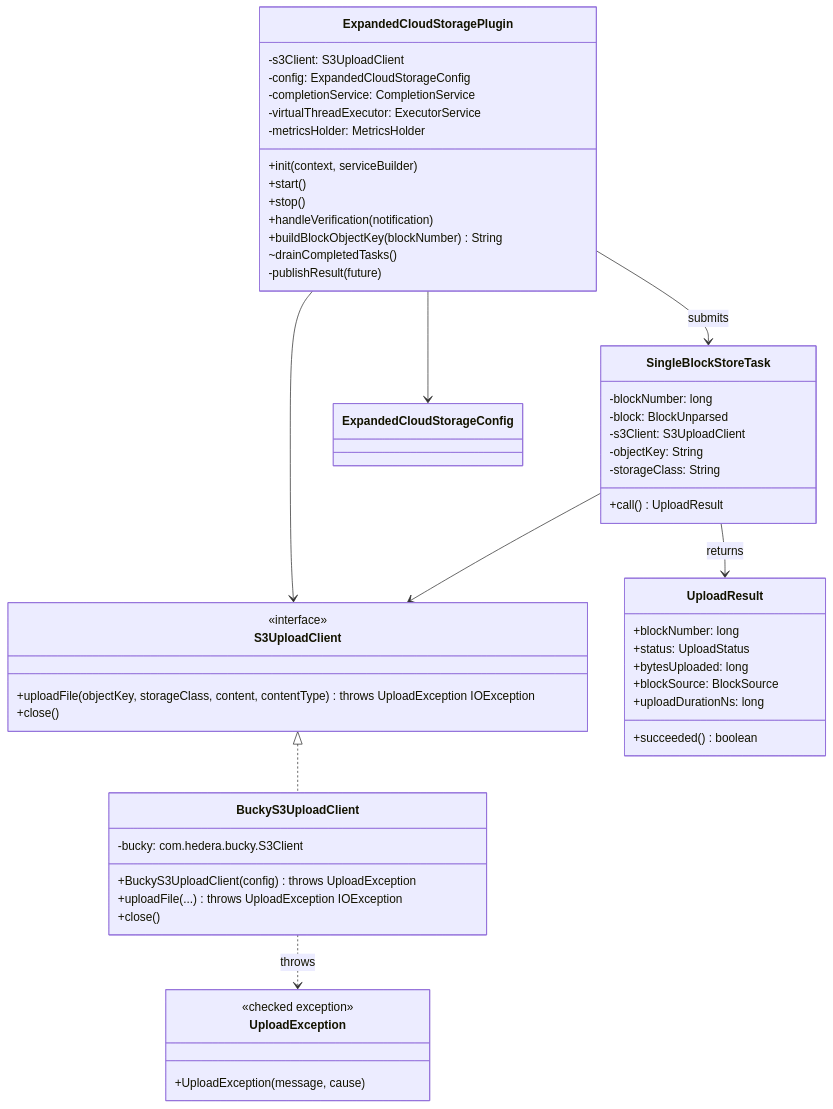
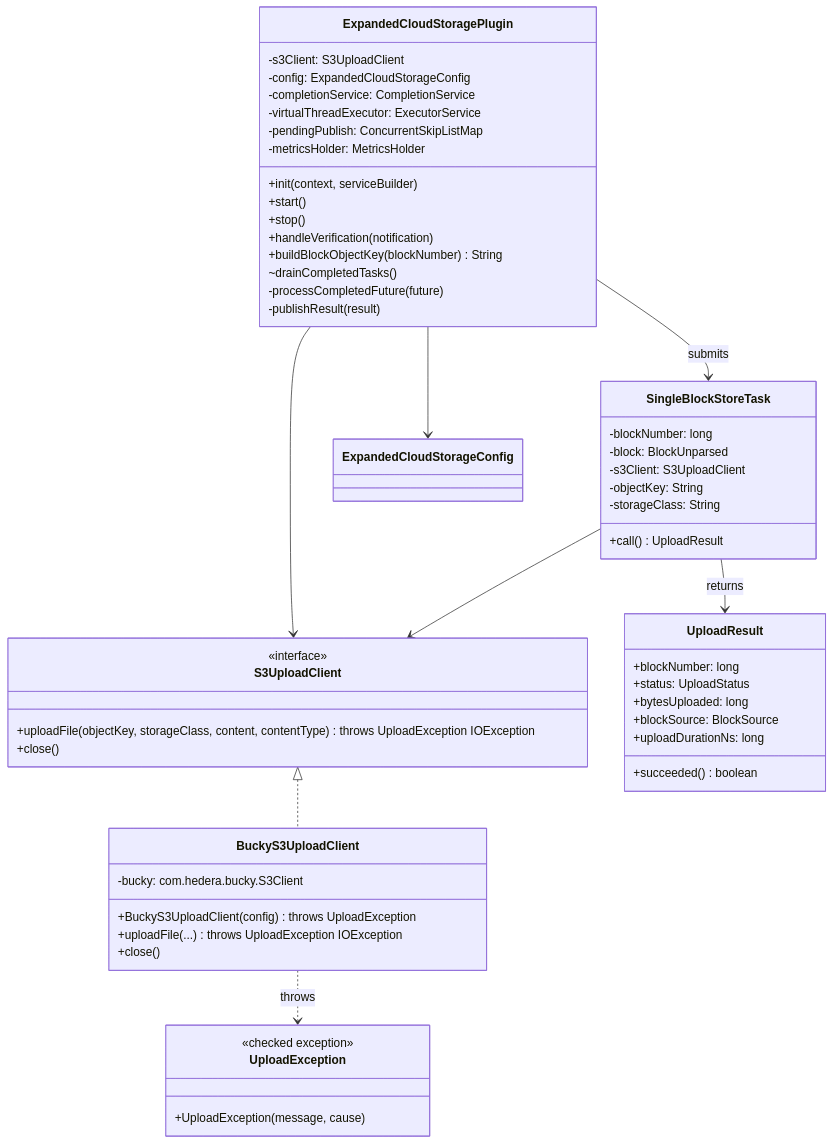
Before and after one commit to hiero-ledger/hiero-block-node: the second of 2 diagrams in docs/design/persistence/cloud-storage-expanded.md, drawn with Mermaid. The commit also changed other lines of this file and 1 other file, not shown here.

````diff
--- a/docs/design/persistence/cloud-storage-expanded.md
+++ b/docs/design/persistence/cloud-storage-expanded.md
@@ -286,55 +295,57 @@
 ```mermaid
 classDiagram
     class S3UploadClient {
         <<interface>>
         +uploadFile(objectKey, storageClass, content, contentType) throws UploadException IOException
         +close()
     }
     class BuckyS3UploadClient {
         -bucky: com.hedera.bucky.S3Client
         +BuckyS3UploadClient(config) throws UploadException
         +uploadFile(...) throws UploadException IOException
         +close()
     }
     class UploadException {
         <<checked exception>>
         +UploadException(message, cause)
     }
     class ExpandedCloudStoragePlugin {
         -s3Client: S3UploadClient
         -config: ExpandedCloudStorageConfig
         -completionService: CompletionService
         -virtualThreadExecutor: ExecutorService
+        -pendingPublish: ConcurrentSkipListMap
         -metricsHolder: MetricsHolder
         +init(context, serviceBuilder)
         +start()
         +stop()
         +handleVerification(notification)
         +buildBlockObjectKey(blockNumber) String
         ~drainCompletedTasks()
-        -publishResult(future)
+        -processCompletedFuture(future)
+        -publishResult(result)
     }
     class SingleBlockStoreTask {
         -blockNumber: long
         -block: BlockUnparsed
         -s3Client: S3UploadClient
         -objectKey: String
         -storageClass: String
         +call() UploadResult
     }
     class UploadResult {
         +blockNumber: long
         +status: UploadStatus
         +bytesUploaded: long
         +blockSource: BlockSource
         +uploadDurationNs: long
         +succeeded() boolean
     }
     S3UploadClient <|.. BuckyS3UploadClient
     BuckyS3UploadClient ..> UploadException : throws
     ExpandedCloudStoragePlugin --> S3UploadClient
     ExpandedCloudStoragePlugin --> SingleBlockStoreTask : submits
     SingleBlockStoreTask --> S3UploadClient
     SingleBlockStoreTask --> UploadResult : returns
     ExpandedCloudStoragePlugin --> ExpandedCloudStorageConfig
 ```
````
